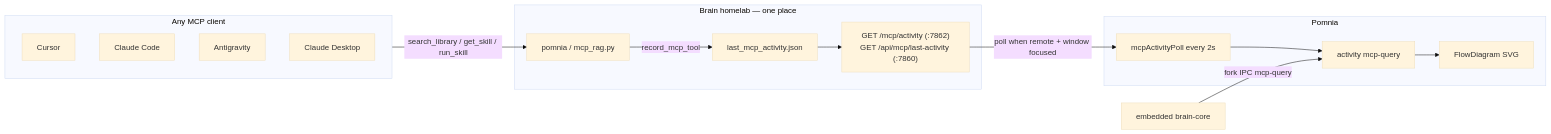
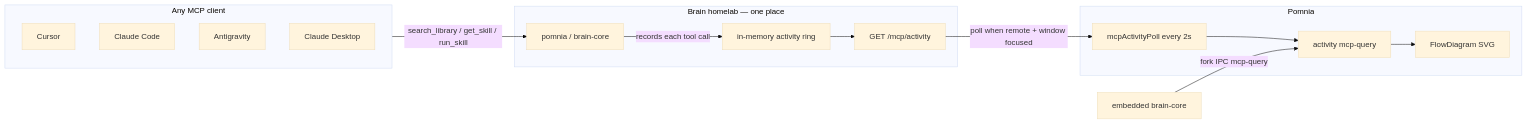
The diagram in docs/FLOW-LIVE.md (lobrzut/pomnia), drawn with Mermaid (base theme) before and after one commit. The commit also changed other lines of this file and 10 other files, not shown here.

````diff
--- a/docs/FLOW-LIVE.md
+++ b/docs/FLOW-LIVE.md
@@ -7,28 +7,28 @@
 ```mermaid
 flowchart LR
   subgraph clients [Any MCP client]
     C1[Cursor]
     C2[Claude Code]
     C3[Antigravity]
     C4[Claude Desktop]
   end
 
   subgraph brain [Brain homelab — one place]
-    MCP[pomnia / mcp_rag.py]
-    ACT[last_mcp_activity.json]
-    API["GET /mcp/activity (:7862)\nGET /api/mcp/last-activity (:7860)"]
-    MCP -->|record_mcp_tool| ACT
+    MCP[pomnia / brain-core]
+    ACT[in-memory activity ring]
+    API["GET /mcp/activity"]
+    MCP -->|records each tool call| ACT
     ACT --> API
   end
 
   subgraph pomnia [Pomnia]
     POLL[mcpActivityPoll every 2s]
     ACTIVITY[activity mcp-query]
     DIAG[FlowDiagram SVG]
     POLL --> ACTIVITY --> DIAG
   end
 
   clients -->|search_library / get_skill / run_skill| MCP
   API -->|poll when remote + window focused| POLL
   EMB[embedded brain-core] -->|fork IPC mcp-query| ACTIVITY
 ```
````
